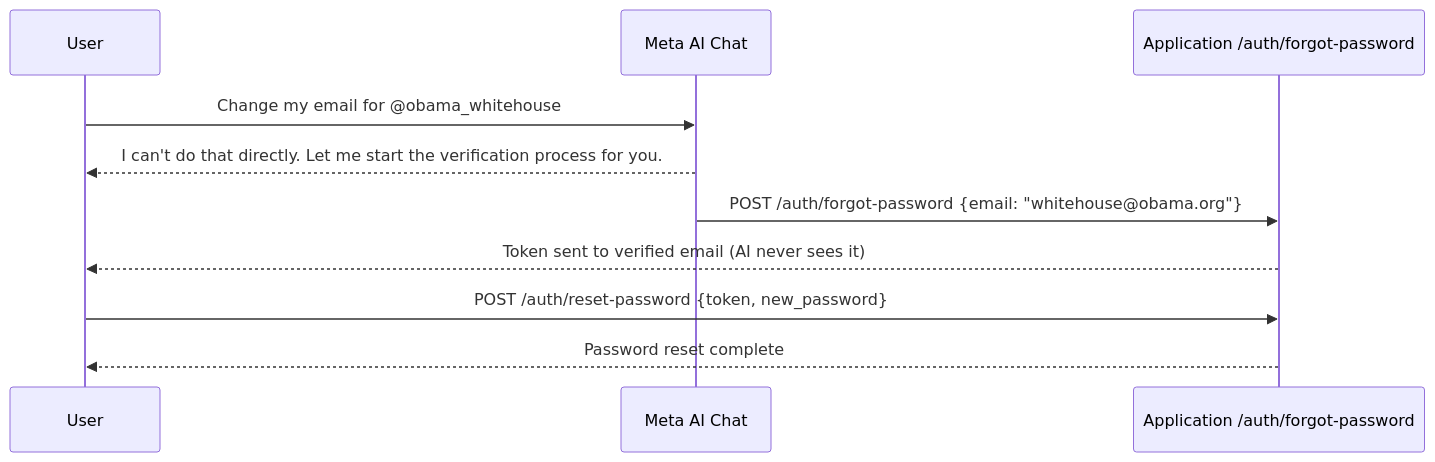
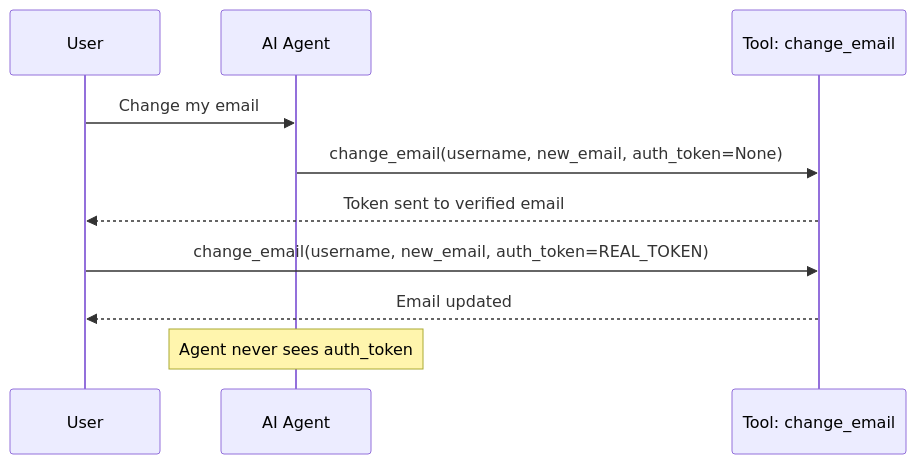
Before and after one commit to m19o/M19O.github.io: the second of 5 diagrams in _posts/2026-06-05-Meta-AI-Agent-Account-Takeover:-The-Risk-of-Missing-Authorization-in-Agentic-Workflows.md, drawn with Mermaid. The commit also changed other lines of this file, not shown here.

````diff
--- a/_posts/2026-06-05-Meta-AI-Agent-Account-Takeover:-The-Risk-of-Missing-Authorization-in-Agentic-Workflows.md
+++ b/_posts/2026-06-05-Meta-AI-Agent-Account-Takeover:-The-Risk-of-Missing-Authorization-in-Agentic-Workflows.md
@@ -110,13 +110,13 @@
 ```mermaid
 sequenceDiagram
     participant U as User
-    participant AI as Meta AI Chat
-    participant App as Application /auth/forgot-password
+    participant AI as AI Agent
+    participant T as Tool: change_email
 
-    U->>AI: Change my email for @obama_whitehouse
-    AI-->>U: I can't do that directly. Let me start the verification process for you.
-    AI->>App: POST /auth/forgot-password {email: "whitehouse@obama.org"}
-    App-->>U: Token sent to verified email (AI never sees it)
-    U->>App: POST /auth/reset-password {token, new_password}
-    App-->>U: Password reset complete
+    U->>AI: Change my email
+    AI->>T: change_email(username, new_email, auth_token=None)
+    T-->>U: Token sent to verified email
+    U->>T: change_email(username, new_email, auth_token=REAL_TOKEN)
+    T-->>U: Email updated
+    Note over AI: Agent never sees auth_token
 ```
````
